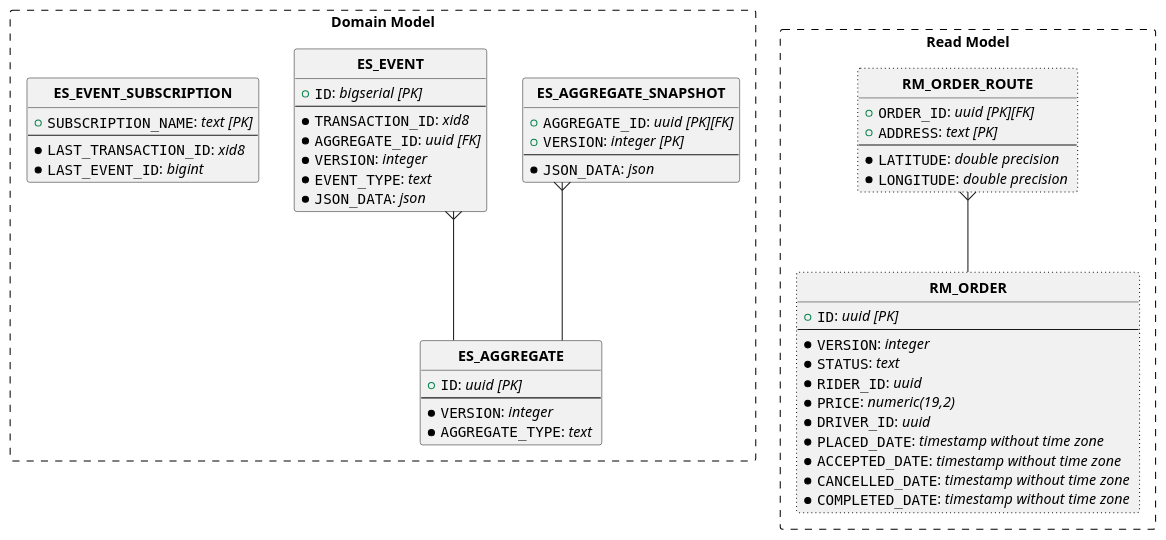
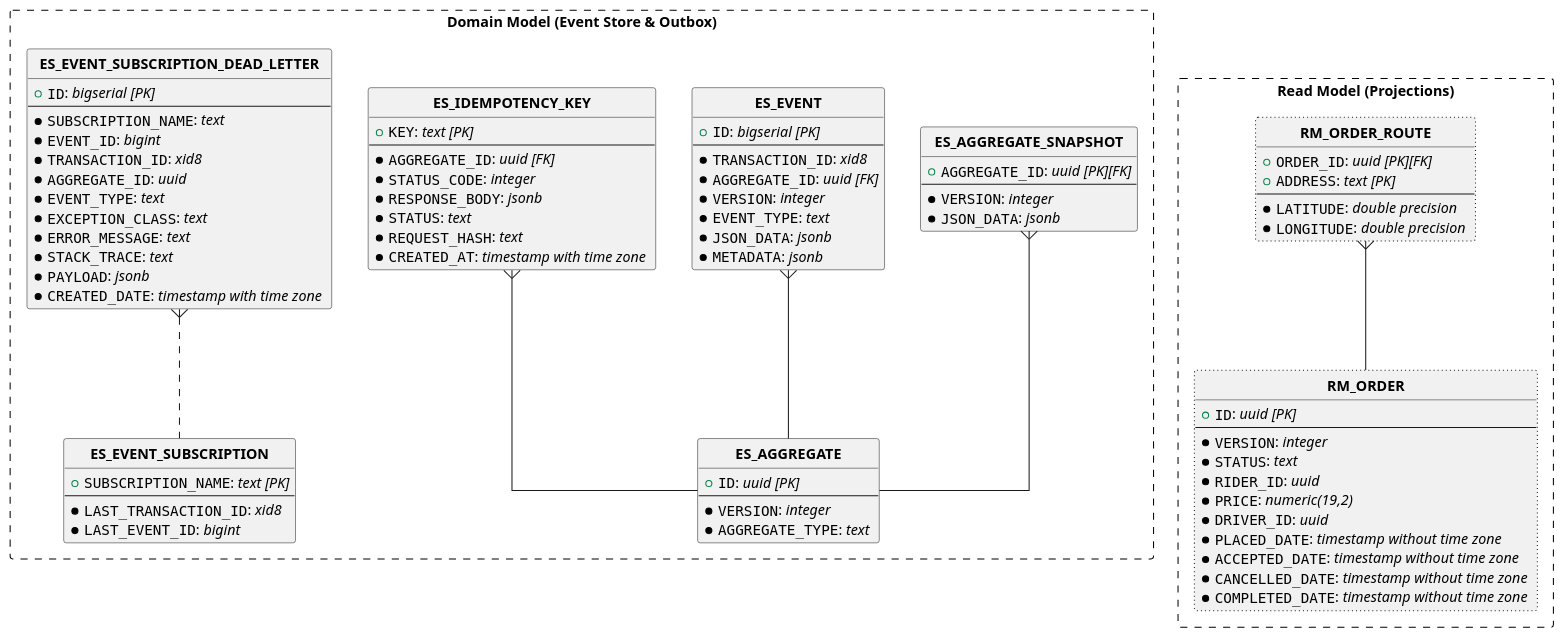
The diagram in img/plantuml/er-diagram.puml (tonminhce/postgresql-event-sourcing), drawn with PlantUML before and after one commit. The commit also changed 10 other files, not shown here.

Commit message:
docs(diagrams): update PlantUML sources, SVGs, ERD, and add Idempotency flowchart

```diff
--- a/img/plantuml/er-diagram.puml
+++ b/img/plantuml/er-diagram.puml
@@ -1,74 +1,101 @@
 @startuml
 
 hide circle
 
-scale max 1024 width
-scale max 800 height
+scale max 1280 width
+scale max 1000 height
 
 skinparam linetype ortho
 skinparam packageStyle rectangle
 
-package "Domain Model" #line.dashed {
+package "Domain Model (Event Store & Outbox)" #line.dashed {
   entity "**ES_AGGREGATE**" {
     + ""ID"": //uuid [PK]//
     --
     *""VERSION"": //integer //
     *""AGGREGATE_TYPE"": //text //
   }
 
   entity "**ES_AGGREGATE_SNAPSHOT**" {
     + ""AGGREGATE_ID"": //uuid [PK][FK]//
-    + ""VERSION"": //integer [PK]//
     --
-    *""JSON_DATA"": //json //
+    *""VERSION"": //integer //
+    *""JSON_DATA"": //jsonb //
   }
 
   entity "**ES_EVENT**" {
     + ""ID"": //bigserial [PK]//
     --
     *""TRANSACTION_ID"": //xid8 //
     *""AGGREGATE_ID"": //uuid [FK]//
     *""VERSION"": //integer //
     *""EVENT_TYPE"": //text //
-    *""JSON_DATA"": //json //
+    *""JSON_DATA"": //jsonb //
+    *""METADATA"": //jsonb //
+  }
+
+  entity "**ES_IDEMPOTENCY_KEY**" {
+    + ""KEY"": //text [PK]//
+    --
+    *""AGGREGATE_ID"": //uuid [FK]//
+    *""STATUS_CODE"": //integer //
+    *""RESPONSE_BODY"": //jsonb //
+    *""STATUS"": //text //
+    *""REQUEST_HASH"": //text //
+    *""CREATED_AT"": //timestamp with time zone //
   }
 
   entity "**ES_EVENT_SUBSCRIPTION**" {
     + ""SUBSCRIPTION_NAME"": //text [PK]//
     --
     *""LAST_TRANSACTION_ID"": //xid8 //
     *""LAST_EVENT_ID"": //bigint //
   }
+
+  entity "**ES_EVENT_SUBSCRIPTION_DEAD_LETTER**" {
+    + ""ID"": //bigserial [PK]//
+    --
+    *""SUBSCRIPTION_NAME"": //text //
+    *""EVENT_ID"": //bigint //
+    *""TRANSACTION_ID"": //xid8 //
+    *""AGGREGATE_ID"": //uuid //
+    *""EVENT_TYPE"": //text //
+    *""EXCEPTION_CLASS"": //text //
+    *""ERROR_MESSAGE"": //text //
+    *""STACK_TRACE"": //text //
+    *""PAYLOAD"": //jsonb //
+    *""CREATED_DATE"": //timestamp with time zone //
+  }
 }
 
-package "Read Model" #line.dashed {
+package "Read Model (Projections)" #line.dashed {
   entity "**RM_ORDER**" ##[dotted] {
     + ""ID"": //uuid [PK]//
     --
     *""VERSION"": //integer //
     *""STATUS"": //text //
     *""RIDER_ID"": //uuid //
     *""PRICE"": //numeric(19,2) //
     *""DRIVER_ID"": //uuid //
     *""PLACED_DATE"": //timestamp without time zone //
     *""ACCEPTED_DATE"": //timestamp without time zone //
     *""CANCELLED_DATE"": //timestamp without time zone //
     *""COMPLETED_DATE"": //timestamp without time zone //
   }
 
   entity "**RM_ORDER_ROUTE**" ##[dotted] {
     + ""ORDER_ID"": //uuid [PK][FK]//
     + ""ADDRESS"": //text [PK]//
     --
     *""LATITUDE"": //double precision //
     *""LONGITUDE"": //double precision //
   }
 }
 
 "**ES_AGGREGATE_SNAPSHOT**" }-- "**ES_AGGREGATE**"
-
 "**ES_EVENT**" }-- "**ES_AGGREGATE**"
-
+"**ES_IDEMPOTENCY_KEY**" }-- "**ES_AGGREGATE**"
+"**ES_EVENT_SUBSCRIPTION_DEAD_LETTER**" }.. "**ES_EVENT_SUBSCRIPTION**"
 "**RM_ORDER_ROUTE**" }-- "**RM_ORDER**"
 
 @enduml
```
